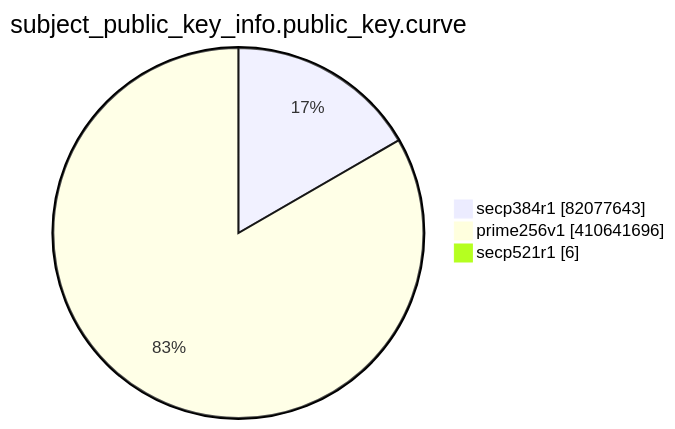
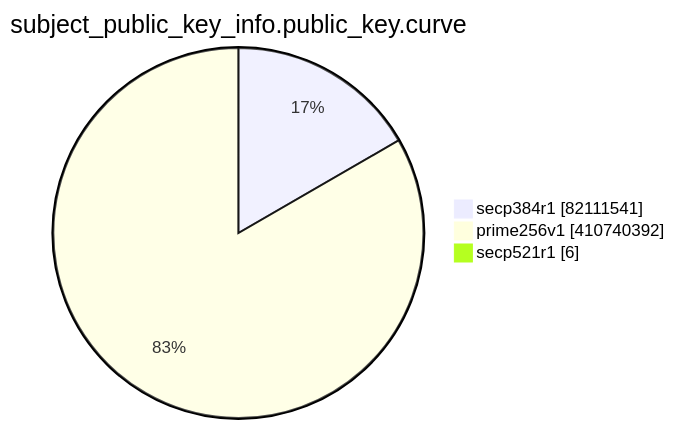
The eighth of 15 diagrams in TOTAL/README.md (christiankrug/ctmonitor_visualization), drawn with Mermaid before and after one commit. The commit also changed other lines of this file, not shown here.

````diff
--- a/TOTAL/README.md
+++ b/TOTAL/README.md
@@ -3096,7 +3096,7 @@
 ```mermaid
 pie showData
 title subject_public_key_info.public_key.curve
-"secp384r1" :82077643
-"prime256v1" :410641696
+"secp384r1" :82111541
+"prime256v1" :410740392
 "secp521r1" :6
 ```
````
